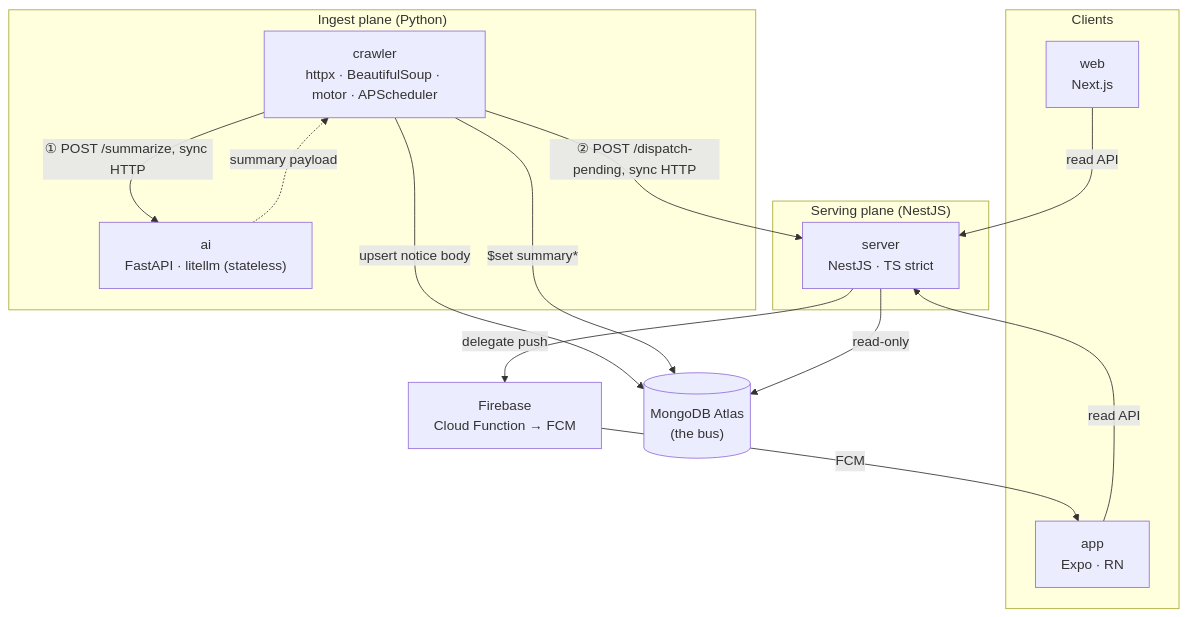
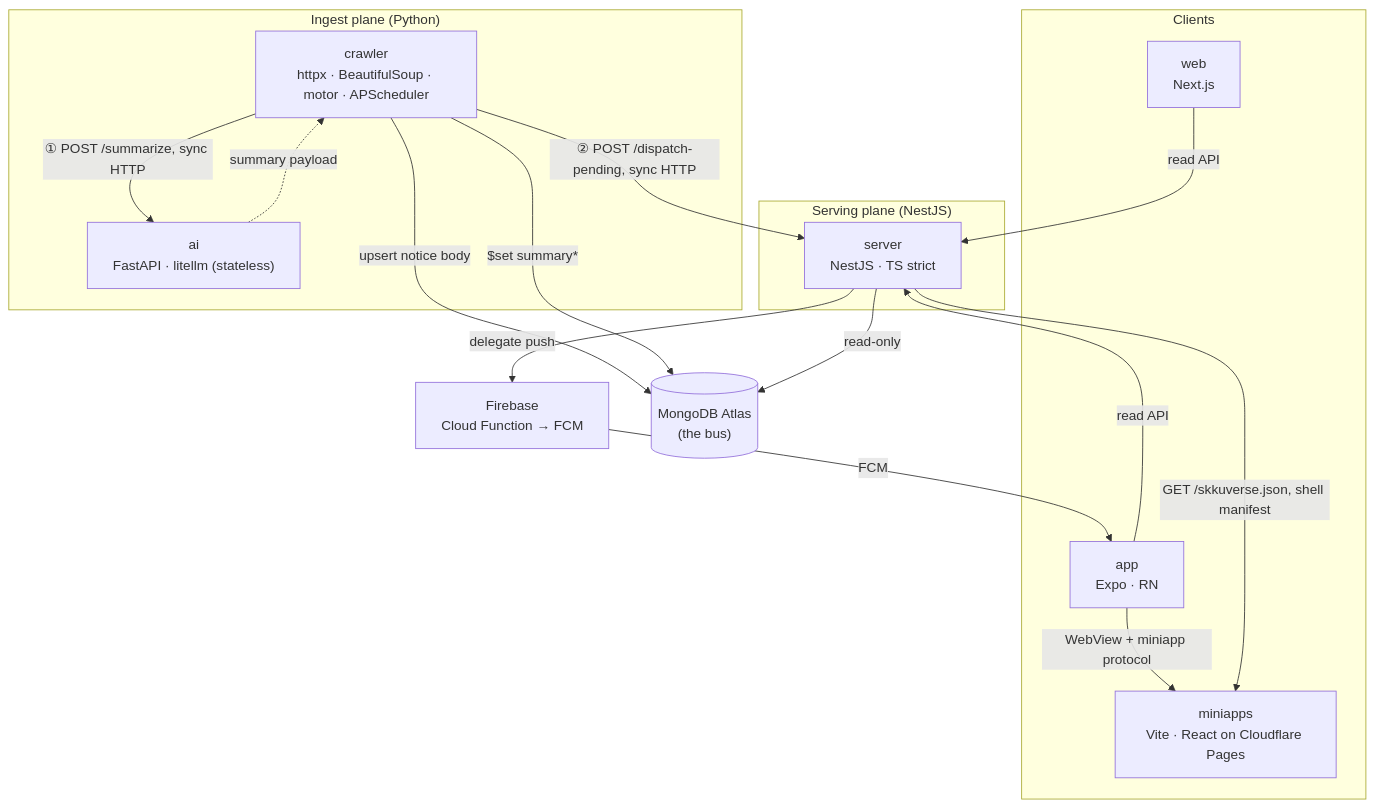
The first of 2 diagrams in docs/architecture/container-view.md (spencer0124/skkuverse), drawn with Mermaid before and after one commit. The commit also changed other lines of this file and 2 other files, not shown here.

First line of the commit message:
Add skkuverse-miniapp to the landing page, the container view and the conventions contracts

````diff
--- a/docs/architecture/container-view.md
+++ b/docs/architecture/container-view.md
@@ -27,30 +27,33 @@
 ```mermaid
 graph TB
     subgraph write["Ingest plane (Python)"]
         crawler["crawler<br/>httpx · BeautifulSoup · motor · APScheduler"]
         ai["ai<br/>FastAPI · litellm (stateless)"]
     end
 
     subgraph read["Serving plane (NestJS)"]
         server["server<br/>NestJS · TS strict"]
     end
 
     subgraph clients["Clients"]
         app["app<br/>Expo · RN"]
         web["web<br/>Next.js"]
+        mini["miniapps<br/>Vite · React on Cloudflare Pages"]
     end
 
     mongo[("MongoDB Atlas<br/>(the bus)")]
     cf["Firebase<br/>Cloud Function → FCM"]
 
     crawler -->|upsert notice body| mongo
     crawler -->|① POST /summarize, sync HTTP| ai
     ai -.->|summary payload| crawler
     crawler -->|$set summary*| mongo
     crawler -->|② POST /dispatch-pending, sync HTTP| server
     server -->|read-only| mongo
     server -->|delegate push| cf
     cf -->|FCM| app
     app -->|read API| server
     web -->|read API| server
+    app -->|WebView + miniapp protocol| mini
+    server -->|GET /skkuverse.json, shell manifest| mini
 ```
````
